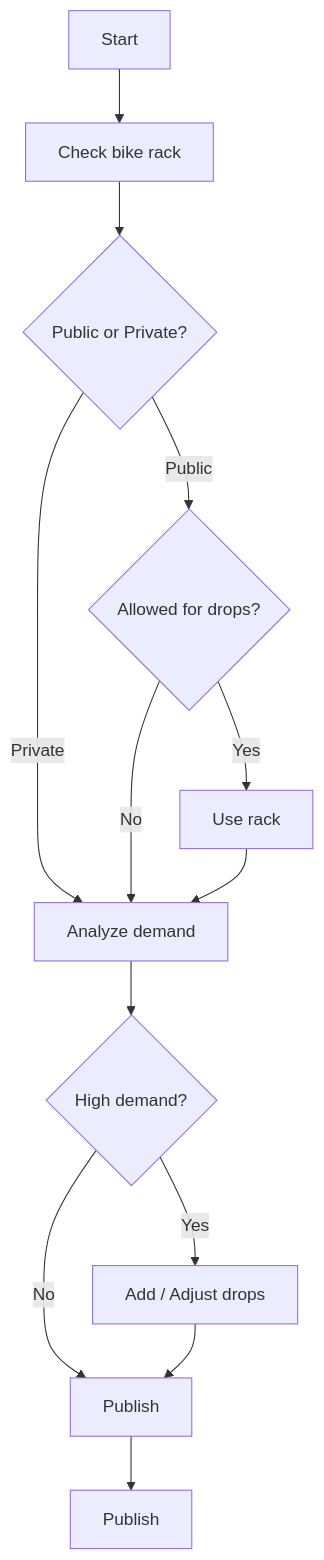
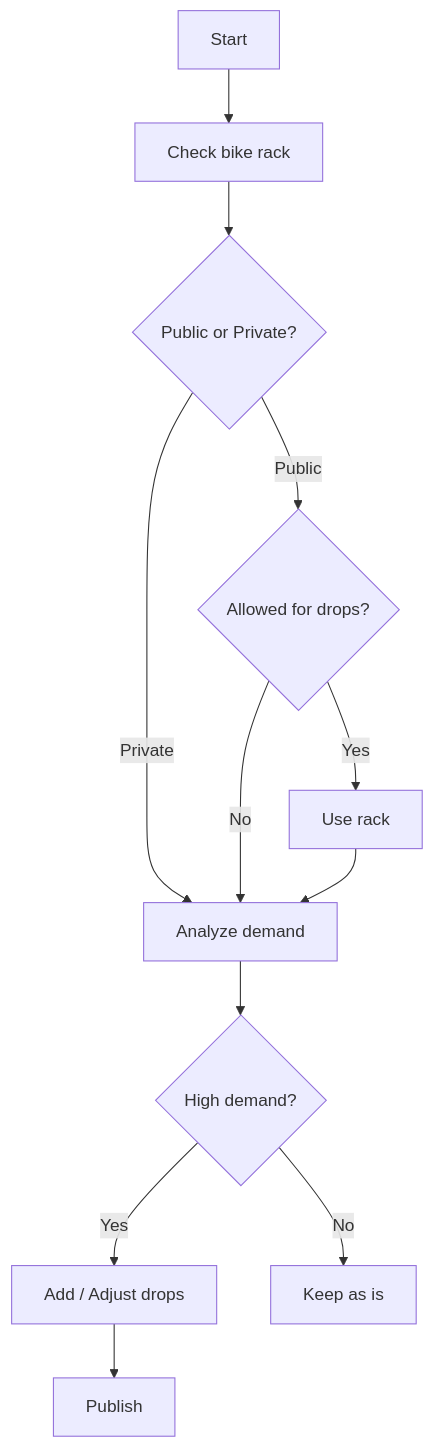
One commit to isthvoi-arch/Node-Coverage changed the diagram in Bike Racks.md. Above: the diagram before and after it, drawn with Mermaid.

Commit message:
Update Bike Racks.md

````diff
--- a/Bike Racks.md
+++ b/Bike Racks.md
@@ -1,15 +1,14 @@
 ```mermaid
 flowchart TD
     A[Start] --> B[Check bike rack]
     B --> C{Public or Private?}
     C -->|Public| D{Allowed for drops?}
     C -->|Private| E[Analyze demand]
     D -->|Yes| F[Use rack]
     D -->|No| E
     F --> E
     E --> G{High demand?}
     G -->|Yes| H[Add / Adjust drops]
     G -->|No| I[Keep as is]
-    H --> I[Publish]
-    I --> Publish
+    H --> Publish
 ```
````
